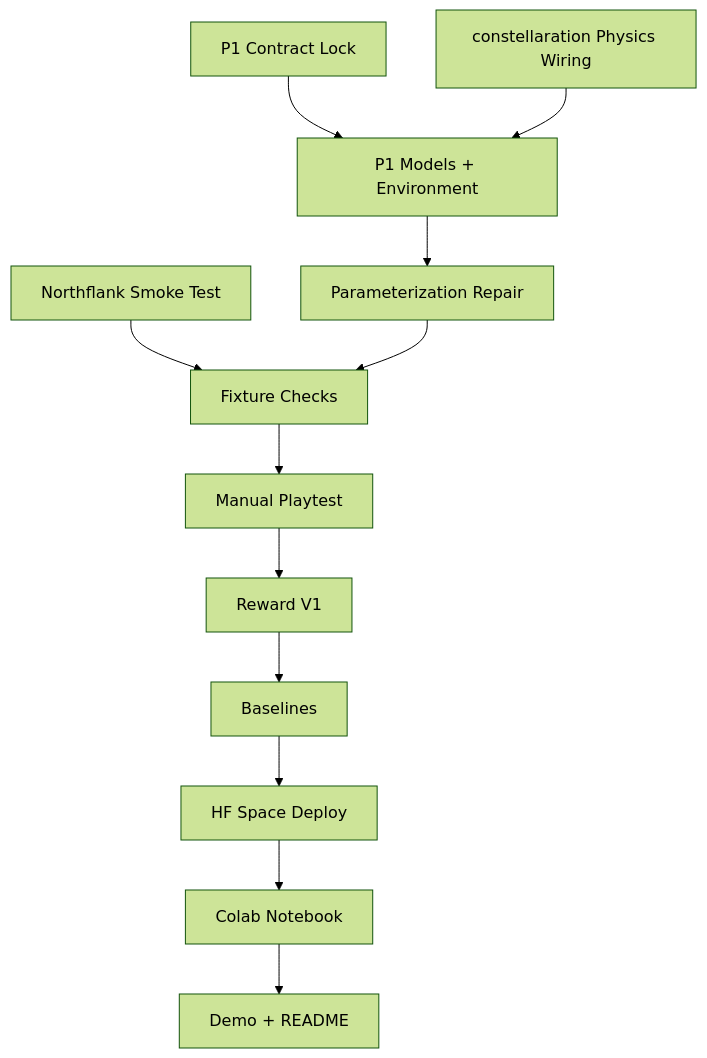
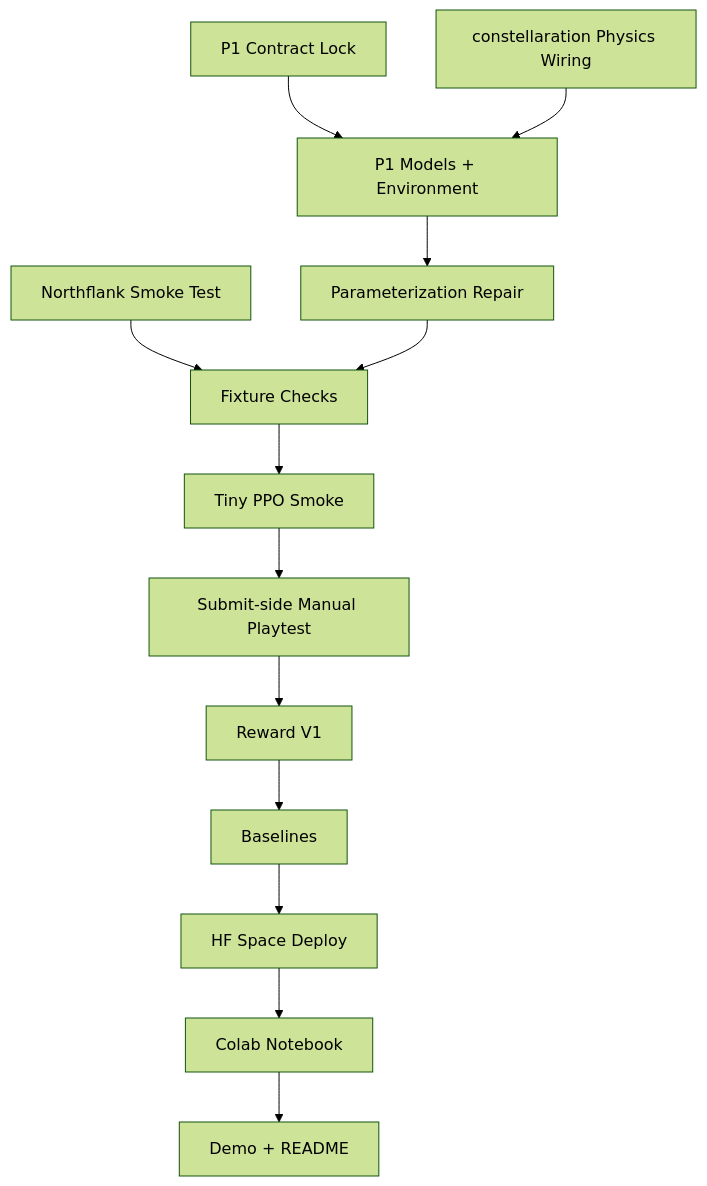
The diagram in TODO.md (jungdaesuh/fusion-design-lab), drawn with Mermaid (forest theme) before and after one commit. The commit also changed other lines of this file and 2 other files, not shown here.

Commit message:
docs: adopt hybrid fail-fast validation order

````diff
--- a/TODO.md
+++ b/TODO.md
@@ -50,14 +51,15 @@
 ```mermaid
 flowchart TD
     A["Northflank Smoke Test"] --> E["Fixture Checks"]
     B["P1 Contract Lock"] --> D["P1 Models + Environment"]
     C["constellaration Physics Wiring"] --> D
     D --> P["Parameterization Repair"]
     P --> E["Fixture Checks"]
-    E --> F["Manual Playtest"]
-    F --> G["Reward V1"]
-    G --> H["Baselines"]
-    H --> I["HF Space Deploy"]
-    I --> J["Colab Notebook"]
-    J --> K["Demo + README"]
+    E --> F["Tiny PPO Smoke"]
+    F --> G["Submit-side Manual Playtest"]
+    G --> H["Reward V1"]
+    H --> I["Baselines"]
+    I --> J["HF Space Deploy"]
+    J --> K["Colab Notebook"]
+    K --> L["Demo + README"]
 ```
````
